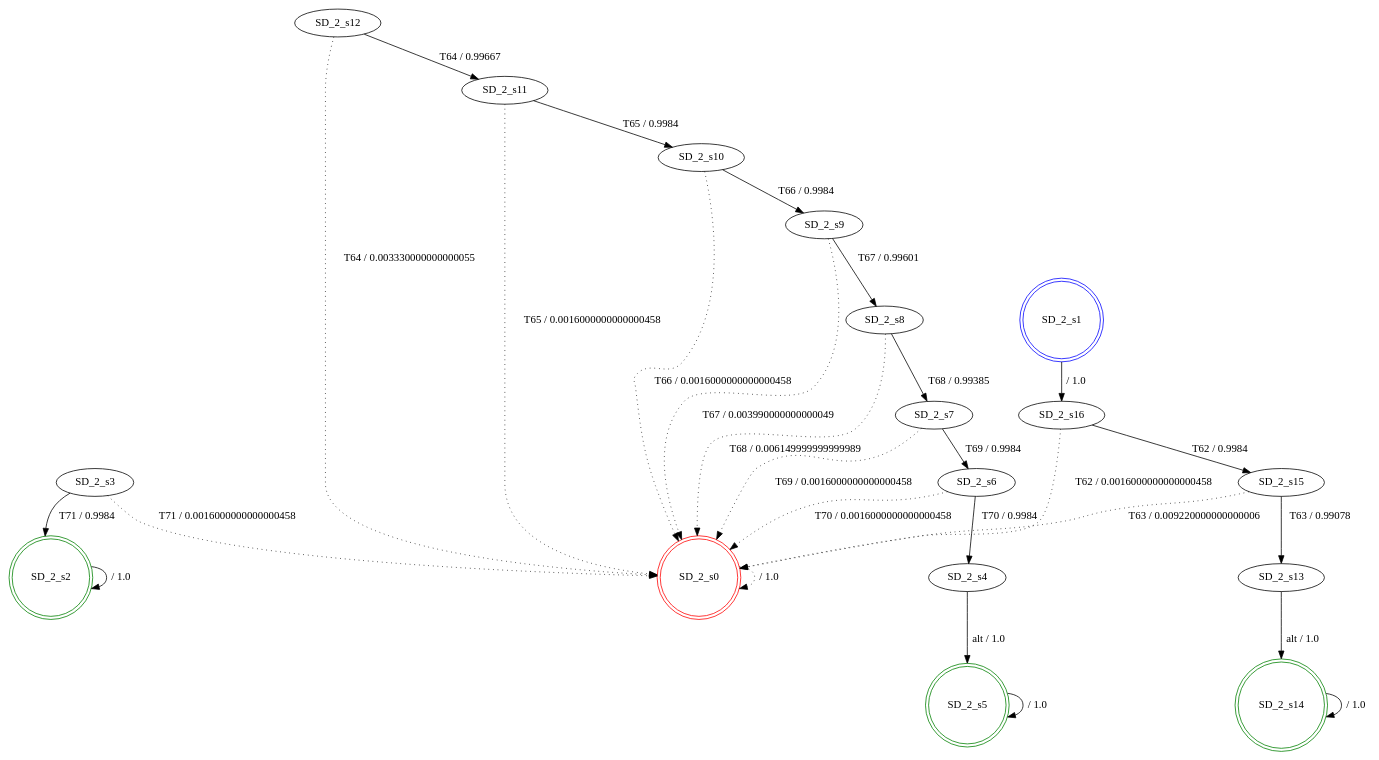
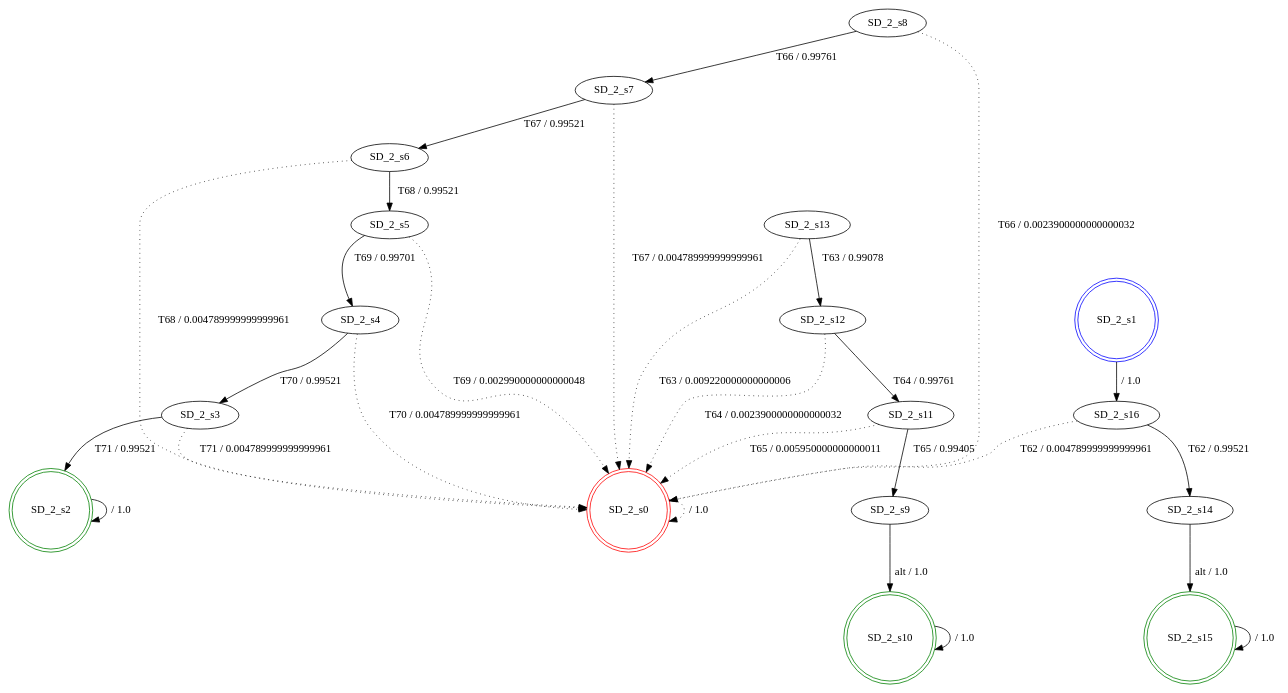
One commit to SPLMC/spl-generator changed the diagram in src/results_joao/fdtmc_SD_2.dot. Above: the diagram before and after it, drawn with Graphviz. The commit also changed 12 other files, not shown here.

```diff
--- a/src/results_joao/fdtmc_SD_2.dot
+++ b/src/results_joao/fdtmc_SD_2.dot
@@ -1,46 +1,46 @@
 digraph graphname {
 SD_2_s0 [label="SD_2_s0",color=red,shape=doublecircle ];
 SD_2_s1 [label="SD_2_s1",color=blue,shape=doublecircle ];
 SD_2_s2 [label="SD_2_s2",color=green,shape=doublecircle ];
 SD_2_s3 [label="SD_2_s3" ];
 SD_2_s4 [label="SD_2_s4" ];
-SD_2_s5 [label="SD_2_s5",color=green,shape=doublecircle ];
+SD_2_s5 [label="SD_2_s5" ];
 SD_2_s6 [label="SD_2_s6" ];
 SD_2_s7 [label="SD_2_s7" ];
 SD_2_s8 [label="SD_2_s8" ];
 SD_2_s9 [label="SD_2_s9" ];
-SD_2_s10 [label="SD_2_s10" ];
+SD_2_s10 [label="SD_2_s10",color=green,shape=doublecircle ];
 SD_2_s11 [label="SD_2_s11" ];
 SD_2_s12 [label="SD_2_s12" ];
 SD_2_s13 [label="SD_2_s13" ];
-SD_2_s14 [label="SD_2_s14",color=green,shape=doublecircle ];
-SD_2_s15 [label="SD_2_s15" ];
+SD_2_s14 [label="SD_2_s14" ];
+SD_2_s15 [label="SD_2_s15",color=green,shape=doublecircle ];
 SD_2_s16 [label="SD_2_s16" ];
 SD_2_s0 -> SD_2_s0 [label=" / 1.0", style=dotted];
 SD_2_s1 -> SD_2_s16 [label=" / 1.0"];
 SD_2_s2 -> SD_2_s2 [label=" / 1.0"];
-SD_2_s3 -> SD_2_s2 [label="T71 / 0.9984"];
-SD_2_s3 -> SD_2_s0 [label="T71 / 0.0016000000000000458", style=dotted];
-SD_2_s4 -> SD_2_s5 [label="alt / 1.0"];
-SD_2_s5 -> SD_2_s5 [label=" / 1.0"];
-SD_2_s6 -> SD_2_s4 [label="T70 / 0.9984"];
-SD_2_s6 -> SD_2_s0 [label="T70 / 0.0016000000000000458", style=dotted];
-SD_2_s7 -> SD_2_s6 [label="T69 / 0.9984"];
-SD_2_s7 -> SD_2_s0 [label="T69 / 0.0016000000000000458", style=dotted];
-SD_2_s8 -> SD_2_s7 [label="T68 / 0.99385"];
-SD_2_s8 -> SD_2_s0 [label="T68 / 0.006149999999999989", style=dotted];
-SD_2_s9 -> SD_2_s8 [label="T67 / 0.99601"];
-SD_2_s9 -> SD_2_s0 [label="T67 / 0.003990000000000049", style=dotted];
-SD_2_s10 -> SD_2_s9 [label="T66 / 0.9984"];
-SD_2_s10 -> SD_2_s0 [label="T66 / 0.0016000000000000458", style=dotted];
-SD_2_s11 -> SD_2_s10 [label="T65 / 0.9984"];
-SD_2_s11 -> SD_2_s0 [label="T65 / 0.0016000000000000458", style=dotted];
-SD_2_s12 -> SD_2_s11 [label="T64 / 0.99667"];
-SD_2_s12 -> SD_2_s0 [label="T64 / 0.003330000000000055", style=dotted];
-SD_2_s13 -> SD_2_s14 [label="alt / 1.0"];
-SD_2_s14 -> SD_2_s14 [label=" / 1.0"];
-SD_2_s15 -> SD_2_s13 [label="T63 / 0.99078"];
-SD_2_s15 -> SD_2_s0 [label="T63 / 0.009220000000000006", style=dotted];
-SD_2_s16 -> SD_2_s15 [label="T62 / 0.9984"];
-SD_2_s16 -> SD_2_s0 [label="T62 / 0.0016000000000000458", style=dotted];
+SD_2_s3 -> SD_2_s2 [label="T71 / 0.99521"];
+SD_2_s3 -> SD_2_s0 [label="T71 / 0.004789999999999961", style=dotted];
+SD_2_s4 -> SD_2_s3 [label="T70 / 0.99521"];
+SD_2_s4 -> SD_2_s0 [label="T70 / 0.004789999999999961", style=dotted];
+SD_2_s5 -> SD_2_s4 [label="T69 / 0.99701"];
+SD_2_s5 -> SD_2_s0 [label="T69 / 0.002990000000000048", style=dotted];
+SD_2_s6 -> SD_2_s5 [label="T68 / 0.99521"];
+SD_2_s6 -> SD_2_s0 [label="T68 / 0.004789999999999961", style=dotted];
+SD_2_s7 -> SD_2_s6 [label="T67 / 0.99521"];
+SD_2_s7 -> SD_2_s0 [label="T67 / 0.004789999999999961", style=dotted];
+SD_2_s8 -> SD_2_s7 [label="T66 / 0.99761"];
+SD_2_s8 -> SD_2_s0 [label="T66 / 0.0023900000000000032", style=dotted];
+SD_2_s9 -> SD_2_s10 [label="alt / 1.0"];
+SD_2_s10 -> SD_2_s10 [label=" / 1.0"];
+SD_2_s11 -> SD_2_s9 [label="T65 / 0.99405"];
+SD_2_s11 -> SD_2_s0 [label="T65 / 0.005950000000000011", style=dotted];
+SD_2_s12 -> SD_2_s11 [label="T64 / 0.99761"];
+SD_2_s12 -> SD_2_s0 [label="T64 / 0.0023900000000000032", style=dotted];
+SD_2_s13 -> SD_2_s12 [label="T63 / 0.99078"];
+SD_2_s13 -> SD_2_s0 [label="T63 / 0.009220000000000006", style=dotted];
+SD_2_s14 -> SD_2_s15 [label="alt / 1.0"];
+SD_2_s15 -> SD_2_s15 [label=" / 1.0"];
+SD_2_s16 -> SD_2_s14 [label="T62 / 0.99521"];
+SD_2_s16 -> SD_2_s0 [label="T62 / 0.004789999999999961", style=dotted];
 }
```
